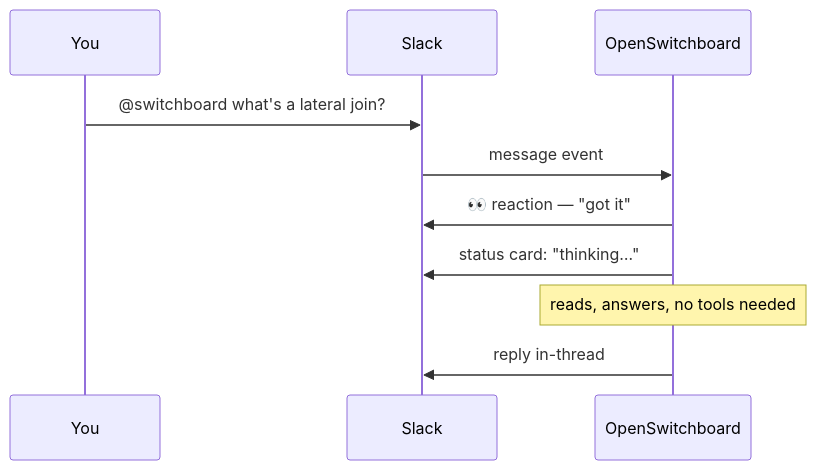
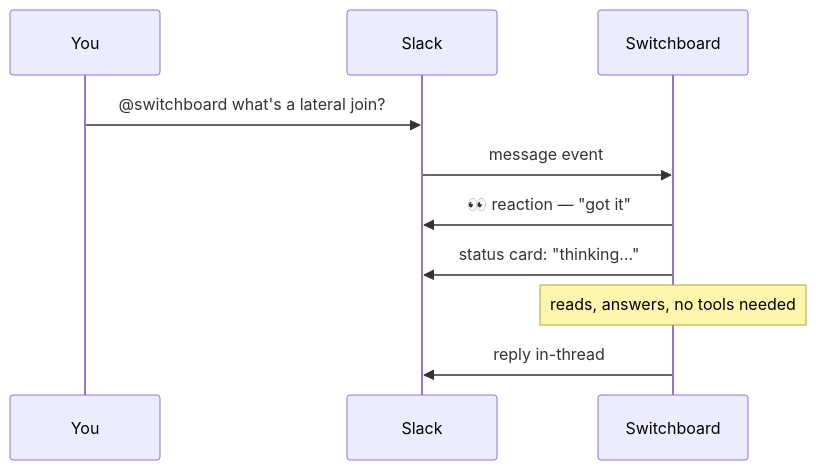
The diagram in docs/tutorials/first-request-in-slack.md (coreplanelabs/switchboard), drawn with Mermaid before and after one commit. The commit also changed other lines of this file and 60 other files, not shown here.

````diff
--- a/docs/tutorials/first-request-in-slack.md
+++ b/docs/tutorials/first-request-in-slack.md
@@ -13,13 +13,13 @@
 ```mermaid
 sequenceDiagram
     participant You
     participant Slack
-    participant OpenSwitchboard
+    participant Switchboard
 
     You->>Slack: @switchboard what's a lateral join?
-    Slack->>OpenSwitchboard: message event
-    OpenSwitchboard->>Slack: 👀 reaction — "got it"
-    OpenSwitchboard->>Slack: status card: "thinking…"
-    Note over OpenSwitchboard: reads, answers, no tools needed
-    OpenSwitchboard->>Slack: reply in-thread
+    Slack->>Switchboard: message event
+    Switchboard->>Slack: 👀 reaction — "got it"
+    Switchboard->>Slack: status card: "thinking…"
+    Note over Switchboard: reads, answers, no tools needed
+    Switchboard->>Slack: reply in-thread
 ```
````
